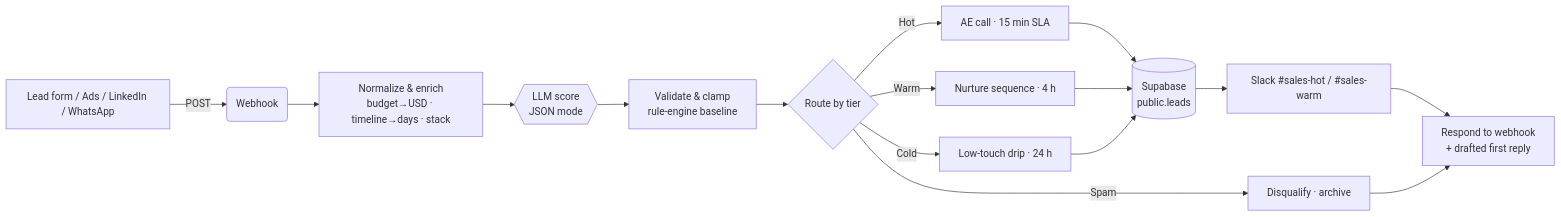
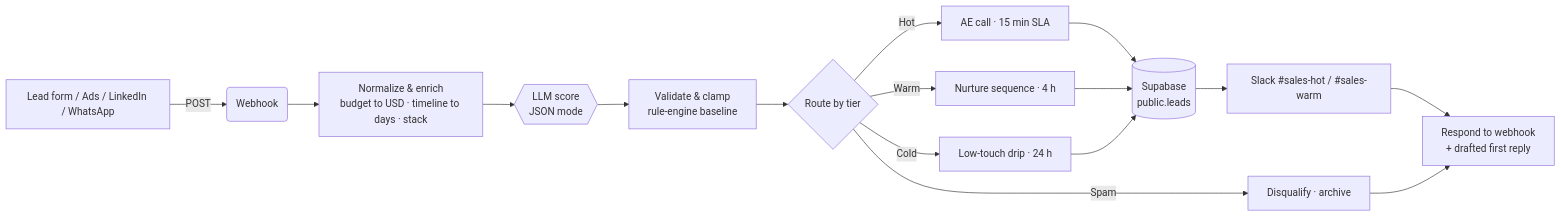
One commit to Saitarun29/ai-lead-qualifier changed the diagram in README.md. Above: the diagram before and after it, drawn with Mermaid. The commit also changed other lines of this file, not shown here.

````diff
--- a/README.md
+++ b/README.md
@@ -49,16 +43,16 @@
 ```mermaid
 flowchart LR
   A[Lead form / Ads / LinkedIn / WhatsApp] -->|POST| B(Webhook)
-  B --> C[Normalize & enrich<br/>budget→USD · timeline→days · stack]
+  B --> C[Normalize & enrich<br/>budget to USD · timeline to days · stack]
   C --> D{{LLM score<br/>JSON mode}}
   D --> E[Validate & clamp<br/>rule-engine baseline]
   E --> F{Route by tier}
   F -->|Hot| G[AE call · 15 min SLA]
   F -->|Warm| H[Nurture sequence · 4 h]
   F -->|Cold| I[Low-touch drip · 24 h]
   F -->|Spam| J[Disqualify · archive]
   G & H & I --> K[(Supabase<br/>public.leads)]
   K --> L[Slack #sales-hot / #sales-warm]
   L --> M[Respond to webhook<br/>+ drafted first reply]
   J --> M
 ```
````
